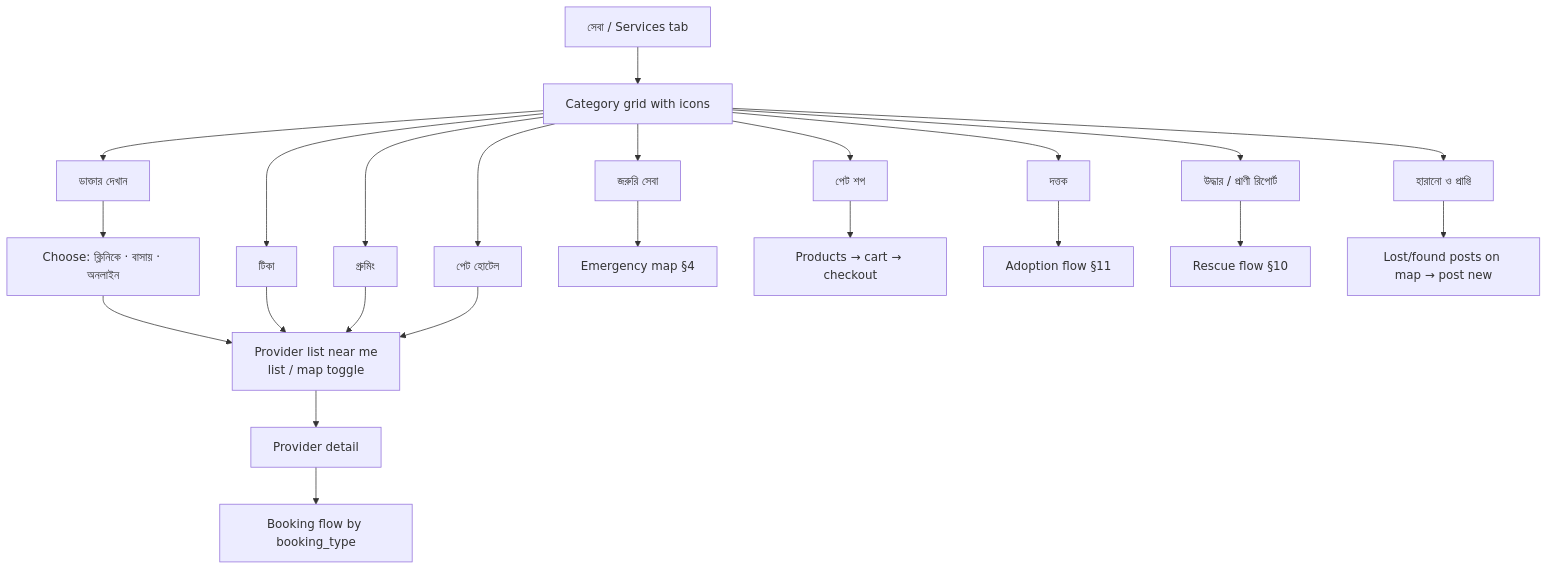
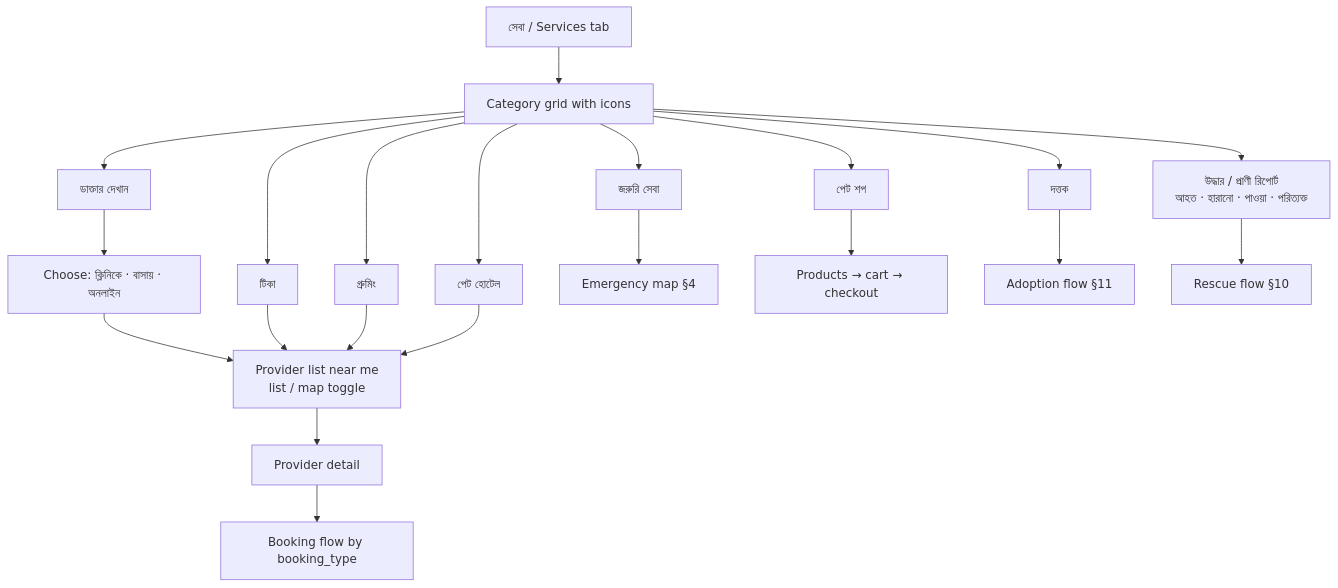
The third of 8 diagrams in docs/app-flow.md (afridi2003-maverick/Pranora), drawn with Mermaid before and after one commit. The commit also changed other lines of this file and 8 other files, not shown here.

First line of the commit message:
docs: trim MVP to PDF modules 1-4, merge lost & found into rescue, move online payments to P1

````diff
--- a/docs/app-flow.md
+++ b/docs/app-flow.md
@@ -125,19 +125,17 @@
 ```mermaid
 flowchart TD
   SV[সেবা / Services tab] --> GRID[Category grid with icons]
   GRID --> VET[ডাক্তার দেখান] --> PICK[Choose: ক্লিনিকে · বাসায় · অনলাইন]
   GRID --> VAC[টিকা]
   GRID --> GRM[গ্রুমিং]
   GRID --> SHOP[পেট শপ]
   GRID --> BRD[পেট হোটেল]
   GRID --> ADP[দত্তক]
-  GRID --> RSC[উদ্ধার / প্রাণী রিপোর্ট]
-  GRID --> LF[হারানো ও প্রাপ্তি]
+  GRID --> RSC[উদ্ধার / প্রাণী রিপোর্ট<br/>আহত · হারানো · পাওয়া · পরিত্যক্ত]
   GRID --> EMG[জরুরি সেবা] --> EMAP[Emergency map §4]
   PICK & VAC & GRM & BRD --> PLIST[Provider list near me<br/>list / map toggle]
   PLIST --> PDET[Provider detail] --> BOOKF[Booking flow by booking_type]
   SHOP --> PRODUCTS[Products → cart → checkout]
   ADP --> ADLIST[Adoption flow §11]
   RSC --> RFLOW[Rescue flow §10]
-  LF --> LFLIST[Lost/found posts on map → post new]
 ```
````
